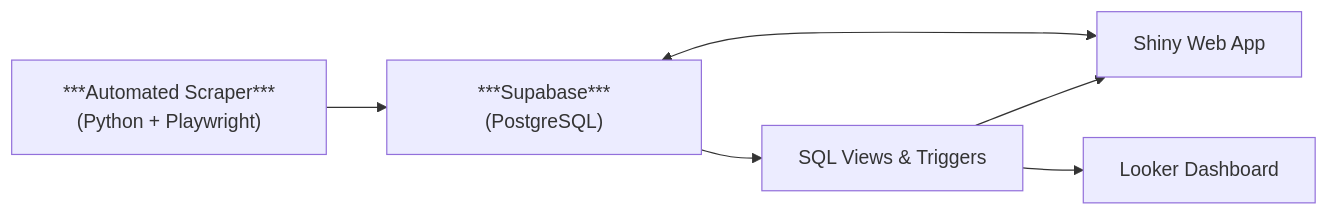
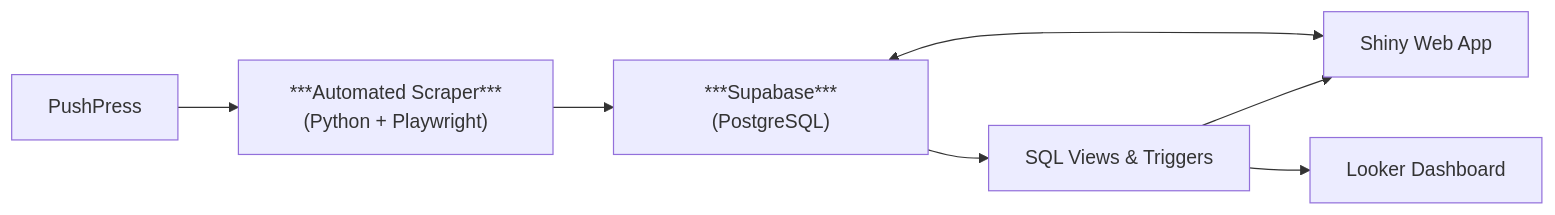
One commit to cmurga95/chapelhillbjj changed the diagram in README.md. Above: the diagram before and after it, drawn with Mermaid.

````diff
--- a/README.md
+++ b/README.md
@@ -20,14 +20,16 @@
 ```mermaid
 flowchart LR
   A["***Automated Scraper***(Python + Playwright)"]
   B["***Supabase***(PostgreSQL)"]
   C["SQL Views & Triggers"]
   D["Shiny Web App"]
   E["Looker Dashboard"]
+  PP["PushPress"]
 
+  PP --> A
   A --> B
   B --> C
   C --> D
   C --> E
   D <--> B
 ```
````
